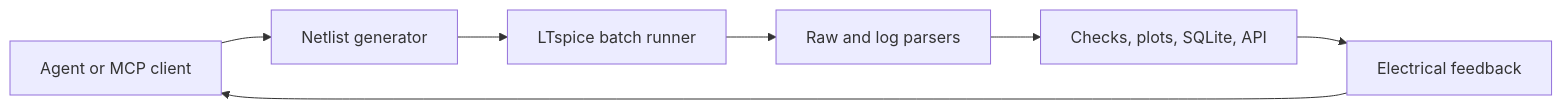
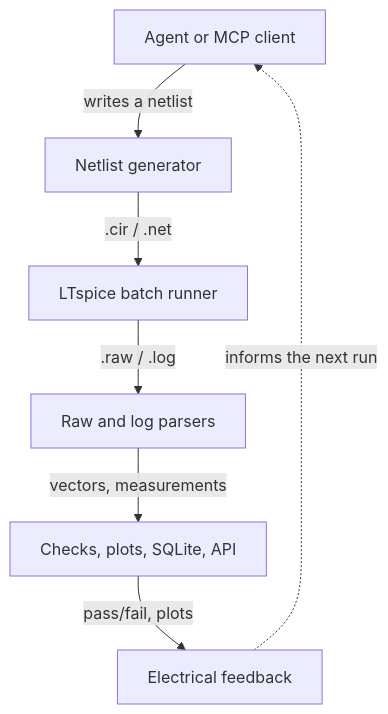
Before and after one commit to daveyJ-sgs/LTspice-Agent-Automation: the diagram in README.md, drawn with Mermaid.

Commit message:
Redo the pipeline diagram as a labeled top-down flow
The original horizontal cycle's loop-back arrow swept under every other
node on GitHub's renderer, reading as visual noise rather than a feedback
path. Switched to flowchart TD (loop-back routes cleanly along one side)
and labeled every edge with what actually moves at that stage (.cir/.net,
.raw/.log, measurements, pass/fail) instead of leaving arrows unlabeled.
Rendered locally with @mermaid-js/mermaid-cli to confirm the syntax and
layout before pushing.

````diff
--- a/README.md
+++ b/README.md
@@ -30,9 +30,9 @@
 ```mermaid
-flowchart LR
-    A[Agent or MCP client] --> B[Netlist generator]
-    B --> C[LTspice batch runner]
-    C --> D[Raw and log parsers]
-    D --> E[Checks, plots, SQLite, API]
-    E --> F[Electrical feedback]
-    F --> A
+flowchart TD
+    A[Agent or MCP client] -->|writes a netlist| B[Netlist generator]
+    B -->|.cir / .net| C[LTspice batch runner]
+    C -->|.raw / .log| D[Raw and log parsers]
+    D -->|vectors, measurements| E[Checks, plots, SQLite, API]
+    E -->|pass/fail, plots| F[Electrical feedback]
+    F -.->|informs the next run| A
 ```
````
